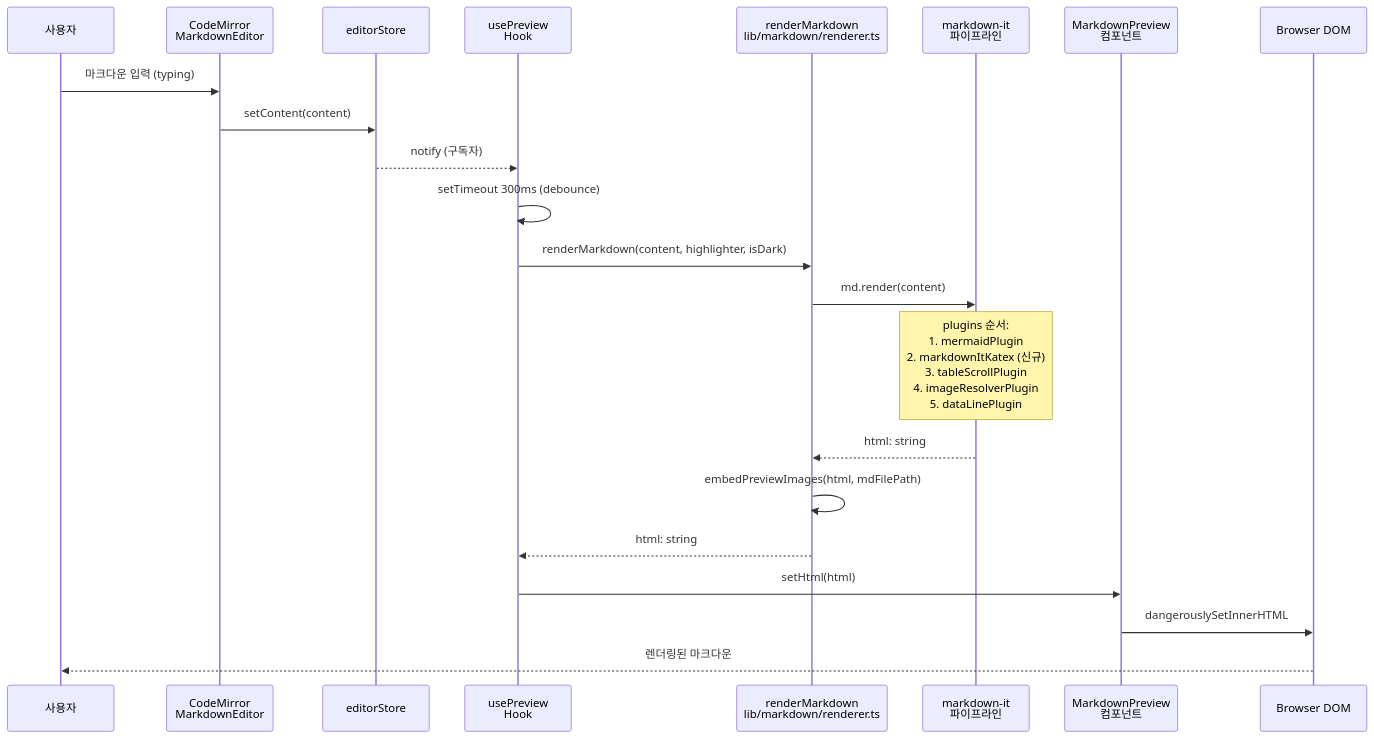
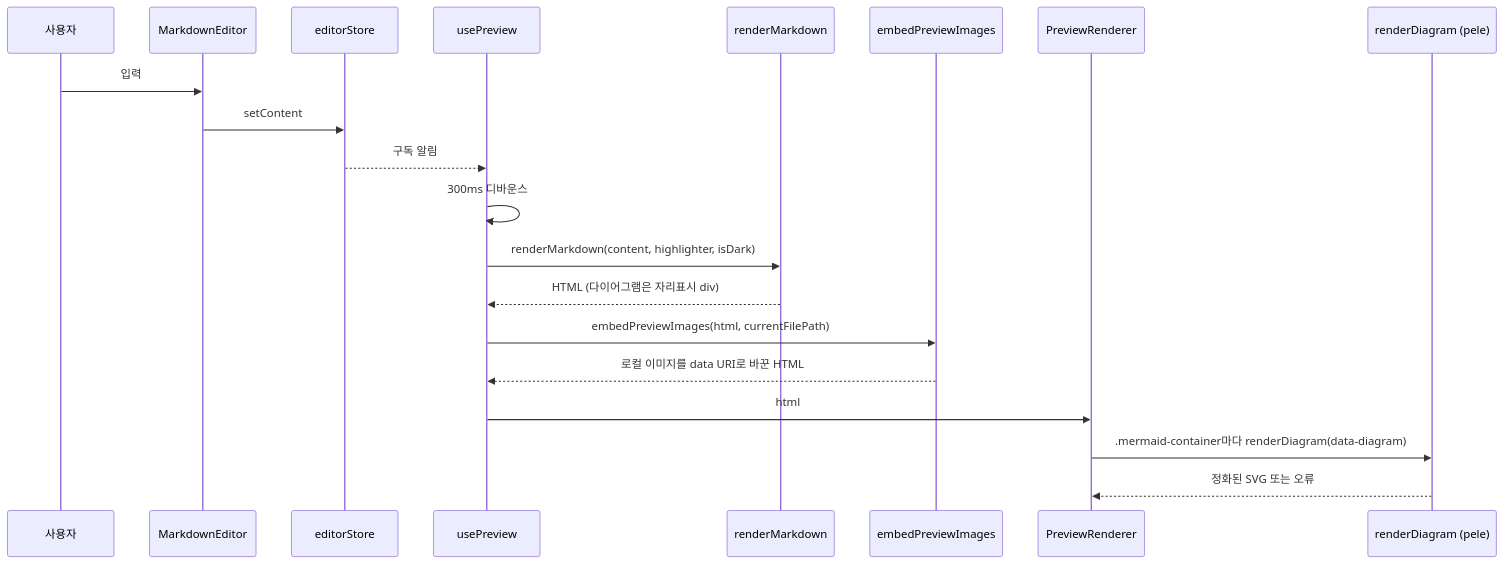
Before and after one commit to bjw202/mdedit: the first of 8 diagrams in .moai/project/codemaps/pipelines.md, drawn with Mermaid. The commit also changed other lines of this file and 4 other files, not shown here.

````diff
--- a/.moai/project/codemaps/pipelines.md
+++ b/.moai/project/codemaps/pipelines.md
@@ -13,30 +12,23 @@
 ```mermaid
 sequenceDiagram
-    participant User as 사용자
-    participant Editor as CodeMirror<br/>MarkdownEditor
-    participant Store as editorStore
-    participant Hook as usePreview<br/>Hook
-    participant Renderer as renderMarkdown<br/>lib/markdown/renderer.ts
-    participant MarkdownIt as markdown-it<br/>파이프라인
-    participant Preview as MarkdownPreview<br/>컴포넌트
-    participant DOM as Browser DOM
-    
-    User->>Editor: 마크다운 입력 (typing)
-    Editor->>Store: setContent(content)
-    Store-->>Hook: notify (구독자)
-    Hook->>Hook: setTimeout 300ms (debounce)
-    Hook->>Renderer: renderMarkdown(content, highlighter, isDark)
-    
-    Renderer->>MarkdownIt: md.render(content)
-    
-    Note over MarkdownIt: plugins 순서:<br/>1. mermaidPlugin<br/>2. markdownItKatex (신규)<br/>3. tableScrollPlugin<br/>4. imageResolverPlugin<br/>5. dataLinePlugin
-    
-    MarkdownIt-->>Renderer: html: string
-    
-    Renderer->>Renderer: embedPreviewImages(html, mdFilePath)
-    Renderer-->>Hook: html: string
-    
-    Hook->>Preview: setHtml(html)
-    Preview->>DOM: dangerouslySetInnerHTML
-    DOM-->>User: 렌더링된 마크다운
+    participant U as 사용자
+    participant E as MarkdownEditor
+    participant S as editorStore
+    participant H as usePreview
+    participant R as renderMarkdown
+    participant I as embedPreviewImages
+    participant P as PreviewRenderer
+    participant D as renderDiagram (pele)
+
+    U->>E: 입력
+    E->>S: setContent
+    S-->>H: 구독 알림
+    H->>H: 300ms 디바운스
+    H->>R: renderMarkdown(content, highlighter, isDark)
+    R-->>H: HTML (다이어그램은 자리표시 div)
+    H->>I: embedPreviewImages(html, currentFilePath)
+    I-->>H: 로컬 이미지를 data URI로 바꾼 HTML
+    H->>P: html
+    P->>D: .mermaid-container마다 renderDiagram(data-diagram)
+    D-->>P: 정화된 SVG 또는 오류
 ```
````
